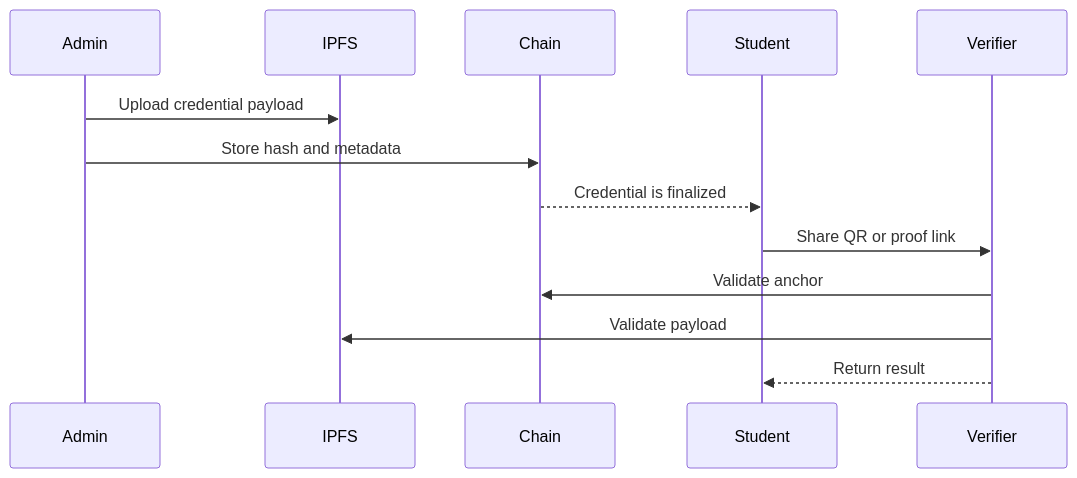
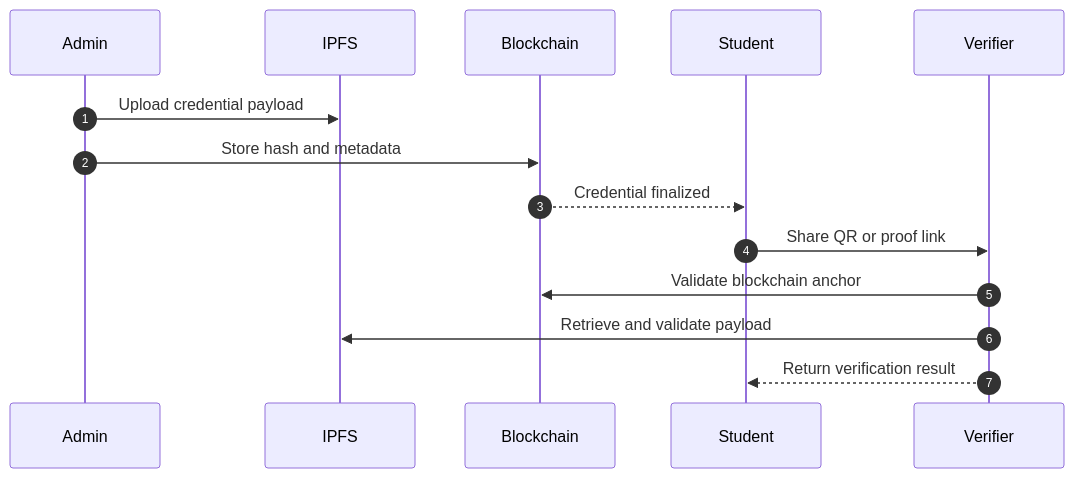
Before and after one commit to udaycodespace/credify: the third of 3 diagrams in README.md, drawn with Mermaid. The commit also changed other lines of this file, not shown here.

````diff
--- a/README.md
+++ b/README.md
@@ -79,16 +138,17 @@
 ```mermaid
 sequenceDiagram
+    autonumber
     participant Admin
     participant IPFS
-    participant Chain
+    participant Chain as Blockchain
     participant Student
     participant Verifier
 
     Admin->>IPFS: Upload credential payload
     Admin->>Chain: Store hash and metadata
-    Chain-->>Student: Credential is finalized
+    Chain-->>Student: Credential finalized
     Student->>Verifier: Share QR or proof link
-    Verifier->>Chain: Validate anchor
-    Verifier->>IPFS: Validate payload
-    Verifier-->>Student: Return result
+    Verifier->>Chain: Validate blockchain anchor
+    Verifier->>IPFS: Retrieve and validate payload
+    Verifier-->>Student: Return verification result
 ```
````
